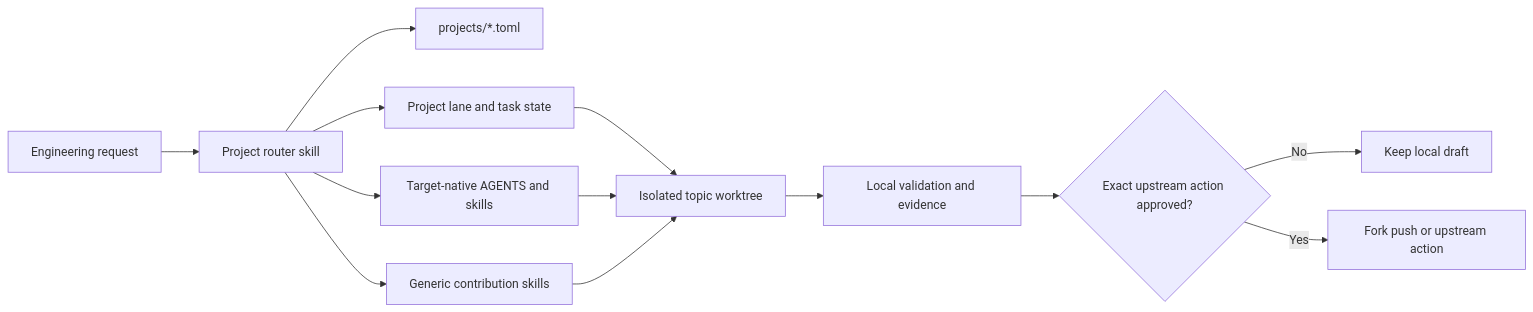
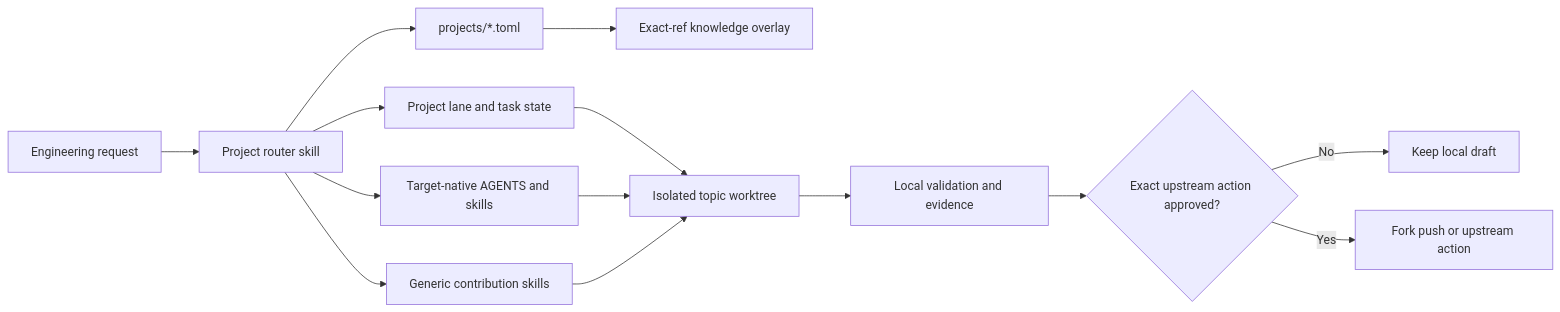
One commit to ranxi2001/agent-native-cloud-infra changed the diagram in README.md. Above: the diagram before and after it, drawn with Mermaid. The commit also changed other lines of this file and 17 other files, not shown here.

Commit message:
feat: add exact-ref project context overlays

````diff
--- a/README.md
+++ b/README.md
@@ -9,15 +9,16 @@
 ```mermaid
 flowchart LR
     U[Engineering request] --> R[Project router skill]
     R --> C[projects/*.toml]
+    C --> K[Exact-ref knowledge overlay]
     R --> L[Project lane and task state]
     R --> S[Generic contribution skills]
     R --> N[Target-native AGENTS and skills]
     L --> W[Isolated topic worktree]
     N --> W
     S --> W
     W --> V[Local validation and evidence]
     V --> G{Exact upstream action approved?}
     G -->|No| D[Keep local draft]
     G -->|Yes| P[Fork push or upstream action]
 ```
````
